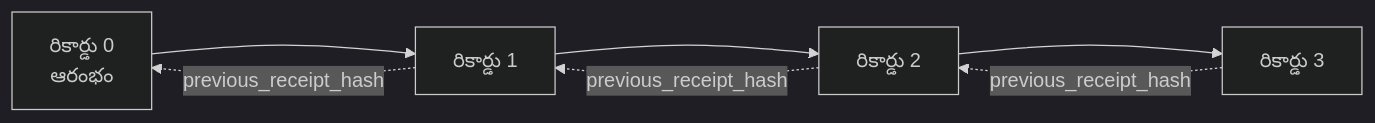
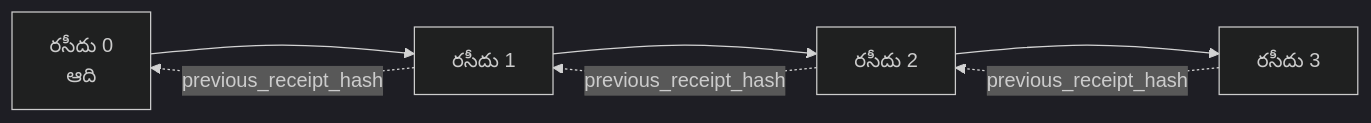
One commit to gabrielmoreira/agent-skills-mirror changed the second of 2 diagrams in mirrors/repos/microsoft@ai-agents-for-beginners/translations/te/18-securing-ai-agents/README.md. Above: the diagram before and after it, drawn with Mermaid (dark theme). The commit also changed other lines of this file and 4482 other files, not shown here.

````diff
--- a/mirrors/repos/microsoft@ai-agents-for-beginners/translations/te/18-securing-ai-agents/README.md
+++ b/mirrors/repos/microsoft@ai-agents-for-beginners/translations/te/18-securing-ai-agents/README.md
@@ -206,9 +206,9 @@
 ```mermaid
 flowchart LR
-    R0[రికార్డు 0<br/>ఆరంభం] --> R1[రికార్డు 1]
-    R1 --> R2[రికార్డు 2]
-    R2 --> R3[రికార్డు 3]
+    R0[రసీదు 0<br/>ఆది] --> R1[రసీదు 1]
+    R1 --> R2[రసీదు 2]
+    R2 --> R3[రసీదు 3]
     R1 -. previous_receipt_hash .-> R0
     R2 -. previous_receipt_hash .-> R1
     R3 -. previous_receipt_hash .-> R2
 ```
````
